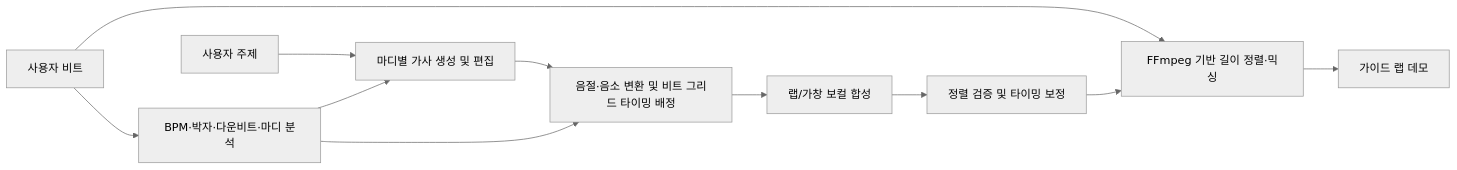
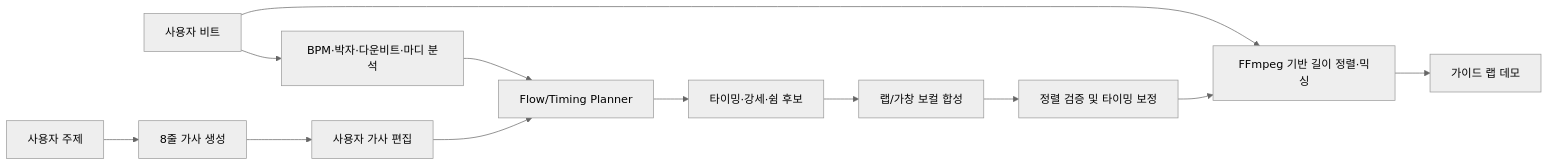
One commit to hnuu785/PMTM changed the diagram in docs/project-goal.md. Above: the diagram before and after it, drawn with Mermaid (neutral theme). The commit also changed other lines of this file and 1 other file, not shown here.

````diff
--- a/docs/project-goal.md
+++ b/docs/project-goal.md
@@ -149,13 +163,14 @@
 ```mermaid
 flowchart LR
     Beat["사용자 비트"] --> Analysis["BPM·박자·다운비트·마디 분석"]
-    Topic["사용자 주제"] --> Lyrics["마디별 가사 생성 및 편집"]
-    Analysis --> Lyrics
-    Lyrics --> Timing["음절·음소 변환 및 비트 그리드 타이밍 배정"]
-    Analysis --> Timing
-    Timing --> Vocal["랩/가창 보컬 합성"]
+    Topic["사용자 주제"] --> Lyrics["8줄 가사 생성"]
+    Lyrics --> Edit["사용자 가사 편집"]
+    Analysis --> Flow["Flow/Timing Planner"]
+    Edit --> Flow
+    Flow --> Candidates["타이밍·강세·쉼 후보"]
+    Candidates --> Vocal["랩/가창 보컬 합성"]
     Vocal --> Align["정렬 검증 및 타이밍 보정"]
     Beat --> Mix["FFmpeg 기반 길이 정렬·믹싱"]
     Align --> Mix
     Mix --> Demo["가이드 랩 데모"]
 ```
````
